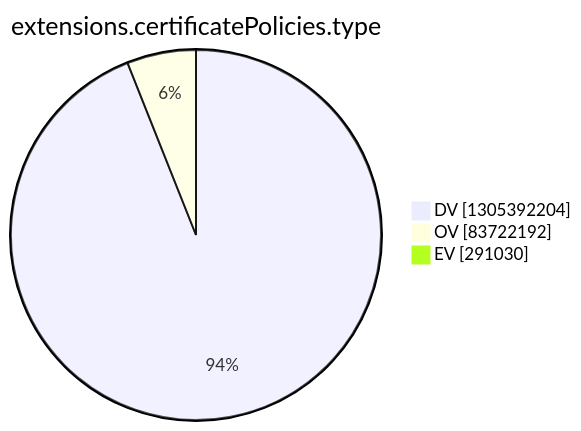
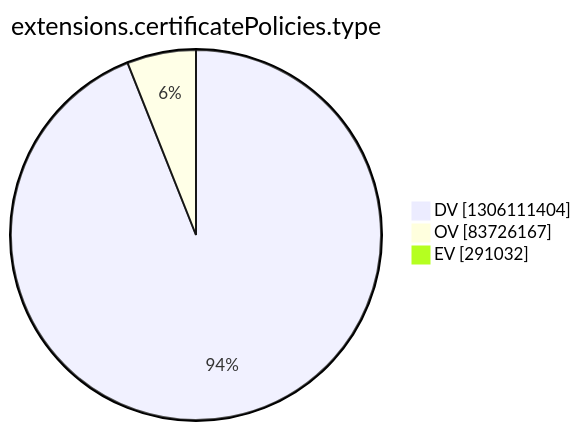
Before and after one commit to christiankrug/ctmonitor_visualization: the tenth of 15 diagrams in argon2022/README.md, drawn with Mermaid. The commit also changed other lines of this file, not shown here.

````diff
--- a/argon2022/README.md
+++ b/argon2022/README.md
@@ -2772,7 +2772,7 @@
 ```mermaid
 pie showData
 title extensions.certificatePolicies.type
-"DV" :1305392204
-"OV" :83722192
-"EV" :291030
+"DV" :1306111404
+"OV" :83726167
+"EV" :291032
 ```
````
